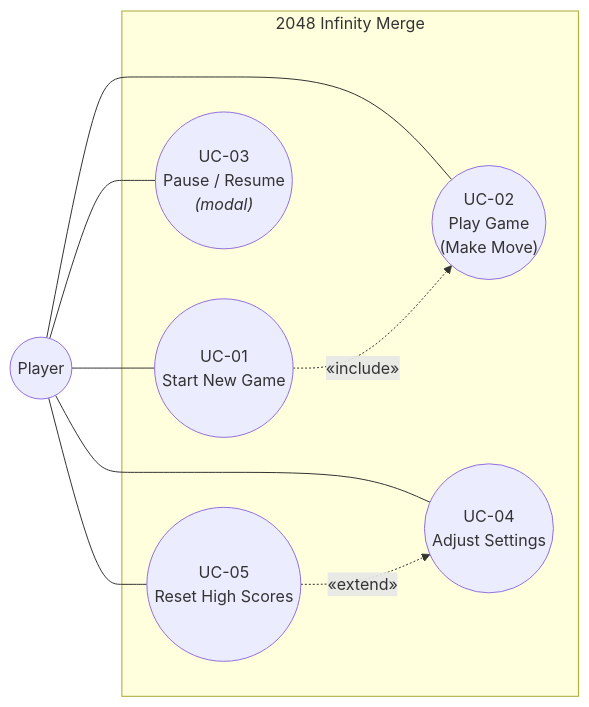
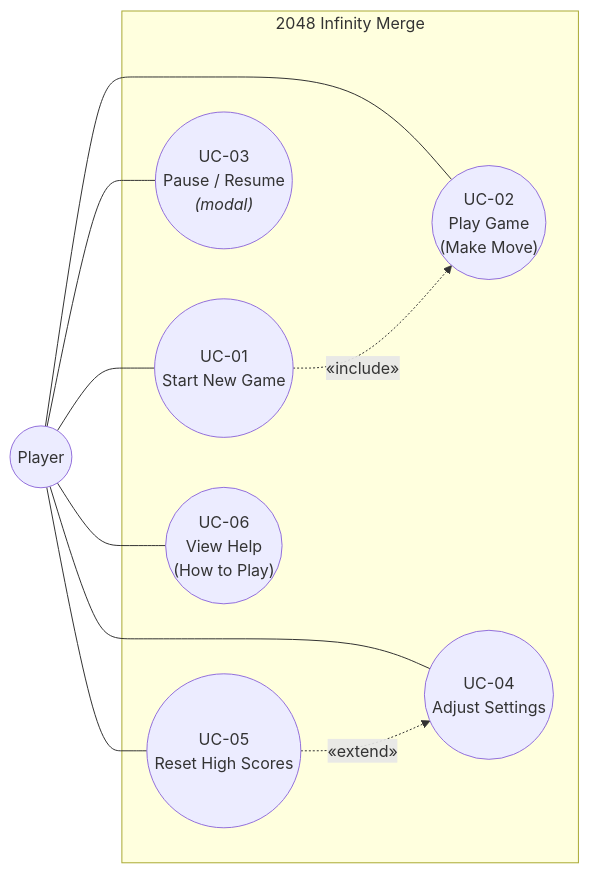
Before and after one commit to LeThaiAn15112004/2048-Infinity-Merge: the third of 3 diagrams in Docs/software_requirement.md, drawn with Mermaid. The commit also changed other lines of this file, not shown here.

````diff
--- a/Docs/software_requirement.md
+++ b/Docs/software_requirement.md
@@ -70,21 +73,23 @@
 ```mermaid
 flowchart LR
     Player(("Player"))
 
     subgraph System["2048 Infinity Merge"]
         UC1(("UC-01<br/>Start New Game"))
         UC2(("UC-02<br/>Play Game<br/>(Make Move)"))
         UC3(("UC-03<br/>Pause / Resume<br/><i>(modal)</i>"))
         UC4(("UC-04<br/>Adjust Settings"))
         UC5(("UC-05<br/>Reset High Scores"))
+        UC6(("UC-06<br/>View Help<br/>(How to Play)"))
     end
 
     Player --- UC1
     Player --- UC2
     Player --- UC3
     Player --- UC4
     Player --- UC5
+    Player --- UC6
 
     UC1 -. "&laquo;include&raquo;" .-> UC2
     UC5 -. "&laquo;extend&raquo;" .-> UC4
 ```
````
